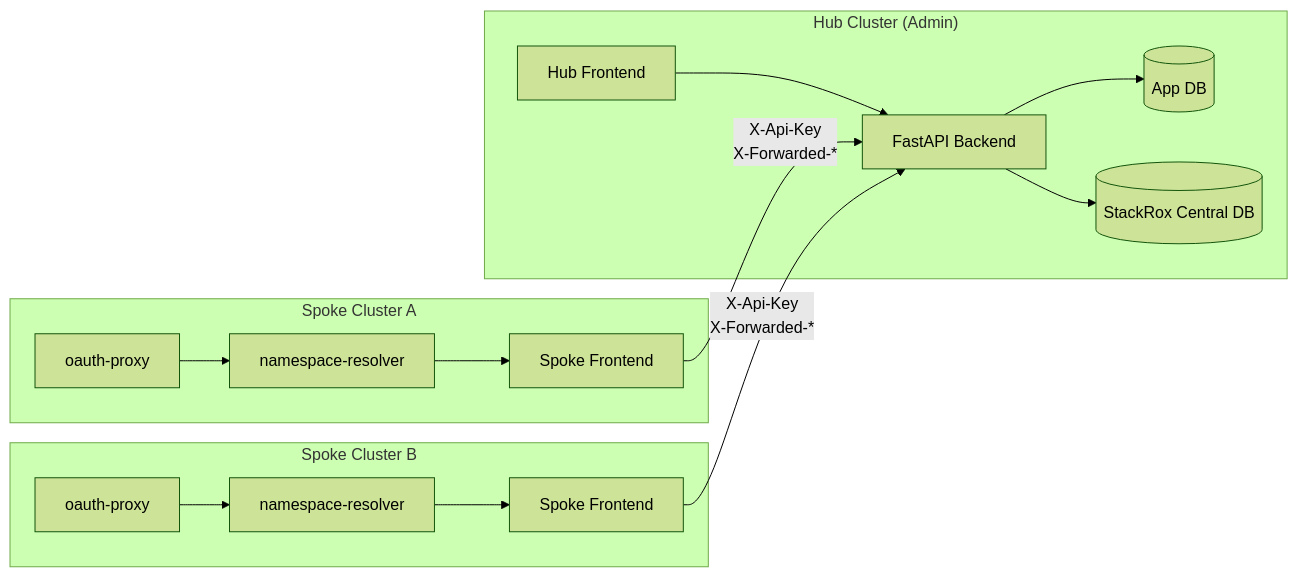
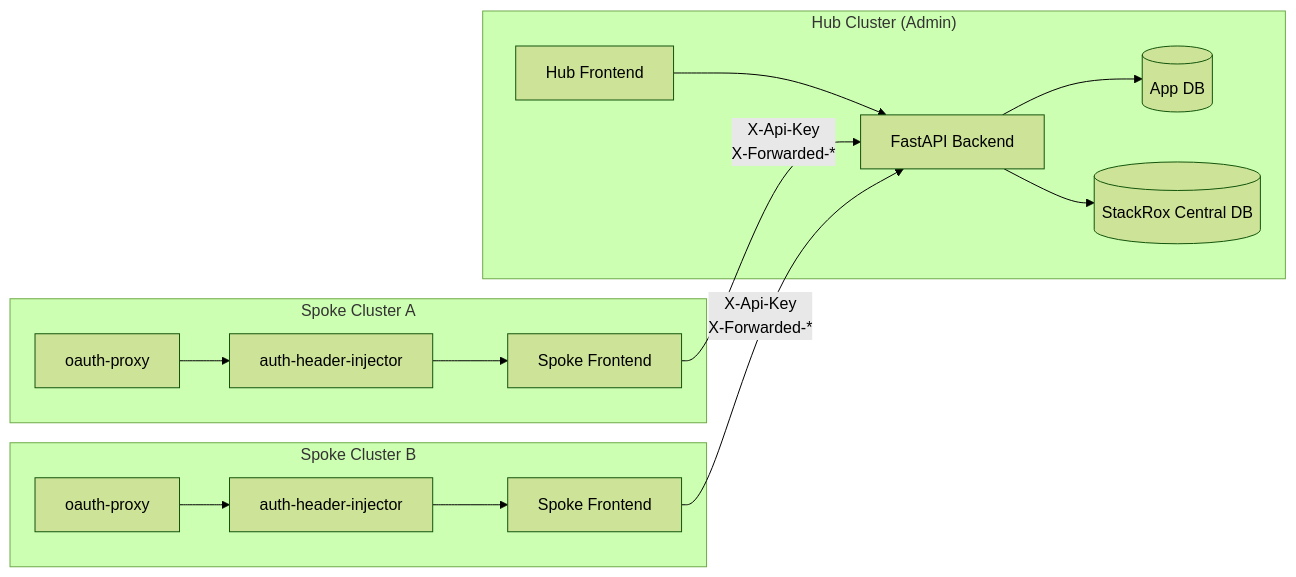
Before and after one commit to dadav/rhacs-manager: the first of 4 diagrams in docs/architecture.md, drawn with Mermaid (forest theme). The commit also changed other lines of this file and 23 other files, not shown here.

Commit message:
chore: Renamed namespace-resolver to auth-header-injector

````diff
--- a/docs/architecture.md
+++ b/docs/architecture.md
@@ -7,33 +7,33 @@
 ```mermaid
 graph LR
     subgraph "Hub Cluster (Admin)"
         BE["FastAPI Backend"]
         FE_HUB["Hub Frontend"]
         APP_DB[("App DB")]
         SX_DB[("StackRox Central DB")]
     end
 
     subgraph "Spoke Cluster A"
         OP_A["oauth-proxy"]
-        NR_A["namespace-resolver"]
+        NR_A["auth-header-injector"]
         FE_A["Spoke Frontend"]
     end
 
     subgraph "Spoke Cluster B"
         OP_B["oauth-proxy"]
-        NR_B["namespace-resolver"]
+        NR_B["auth-header-injector"]
         FE_B["Spoke Frontend"]
     end
 
     FE_HUB --> BE
     BE --> APP_DB
     BE --> SX_DB
 
     OP_A --> NR_A
     NR_A --> FE_A
     FE_A -->|"X-Api-Key<br/>X-Forwarded-*"| BE
 
     OP_B --> NR_B
     NR_B --> FE_B
     FE_B -->|"X-Api-Key<br/>X-Forwarded-*"| BE
 ```
````
